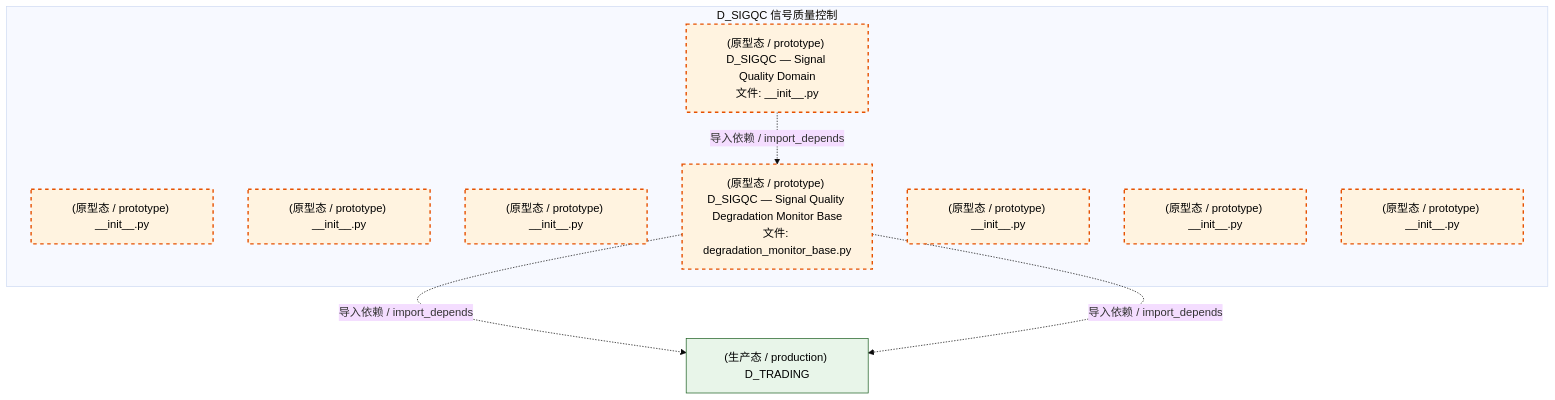
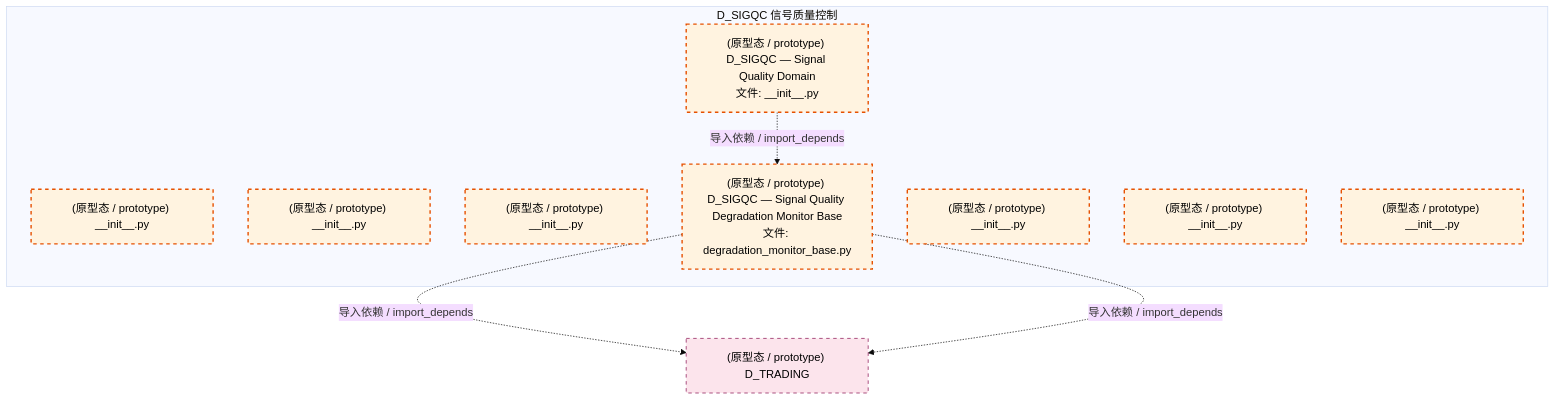
Before and after one commit to xuanFelixVan/ZephyrAlpha: the second of 3 diagrams in docs/02_enterprise_architecture/02_domain_architecture_docs/56_d_sigqc.md, drawn with Mermaid (base theme). The commit also changed other lines of this file and 126 other files, not shown here.

````diff
--- a/docs/02_enterprise_architecture/02_domain_architecture_docs/56_d_sigqc.md
+++ b/docs/02_enterprise_architecture/02_domain_architecture_docs/56_d_sigqc.md
@@ -111,23 +111,23 @@
 ```mermaid
 graph TD
     subgraph D_SIGQC["D_SIGQC 信号质量控制"]
         src_zephyr_signal_quality_init_py["(原型态 / prototype) D_SIGQC — Signal Quality Domain<br/>文件: __init__.py"]
         src_zephyr_signal_quality_extensions_init_py["(原型态 / prototype) __init__.py"]
         src_zephyr_signal_quality_api_init_py["(原型态 / prototype) __init__.py"]
         src_zephyr_signal_quality_core_init_py["(原型态 / prototype) __init__.py"]
         src_zephyr_signal_quality_degradation_monitor_base_py["(原型态 / prototype) D_SIGQC — Signal Quality Degradation Monitor Base<br/>文件: degradation_monitor_base.py"]
         src_zephyr_signal_quality_infrastructure_init_py["(原型态 / prototype) __init__.py"]
         src_zephyr_signal_quality_models_init_py["(原型态 / prototype) __init__.py"]
         src_zephyr_signal_quality_services_init_py["(原型态 / prototype) __init__.py"]
     end
     src_zephyr_signal_quality_init_py -.->|导入依赖 / import_depends| src_zephyr_signal_quality_degradation_monitor_base_py
-    D_TRADING["(生产态 / production) D_TRADING"]
+    D_TRADING["(原型态 / prototype) D_TRADING"]
     src_zephyr_signal_quality_degradation_monitor_base_py -.->|导入依赖 / import_depends| D_TRADING
     src_zephyr_signal_quality_degradation_monitor_base_py -.->|导入依赖 / import_depends| D_TRADING
     classDef production fill:#e1f5fe,stroke:#01579b,stroke-width:2px,color:#000
     classDef design fill:#fff3e0,stroke:#e65100,stroke-width:2px,color:#000,stroke-dasharray: 5 5
     classDef external_prod fill:#e8f5e9,stroke:#1b5e20,stroke-width:1px,color:#000
     classDef external_design fill:#fce4ec,stroke:#880e4f,stroke-width:1px,color:#000,stroke-dasharray: 5 5
     class src_zephyr_signal_quality_init_py,src_zephyr_signal_quality_extensions_init_py,src_zephyr_signal_quality_api_init_py,src_zephyr_signal_quality_core_init_py,src_zephyr_signal_quality_degradation_monitor_base_py,src_zephyr_signal_quality_infrastructure_init_py,src_zephyr_signal_quality_models_init_py,src_zephyr_signal_quality_services_init_py design
-    class D_TRADING external_prod
+    class D_TRADING external_design
 ```
````
